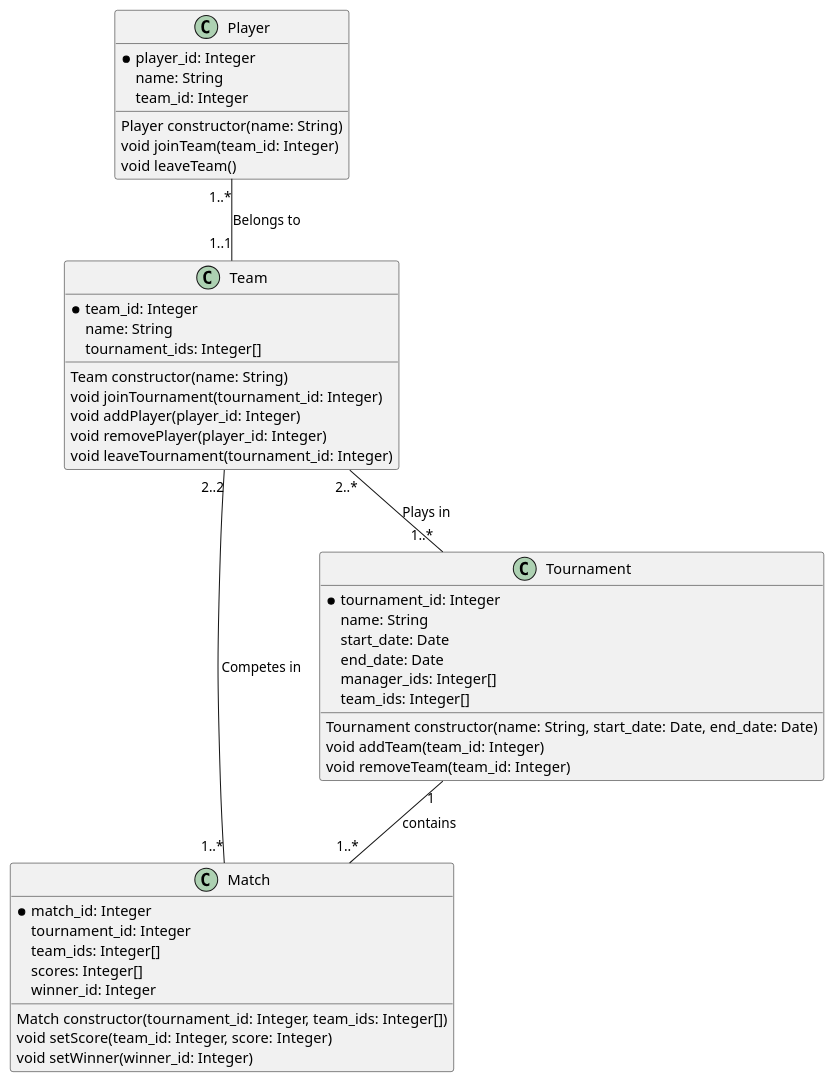
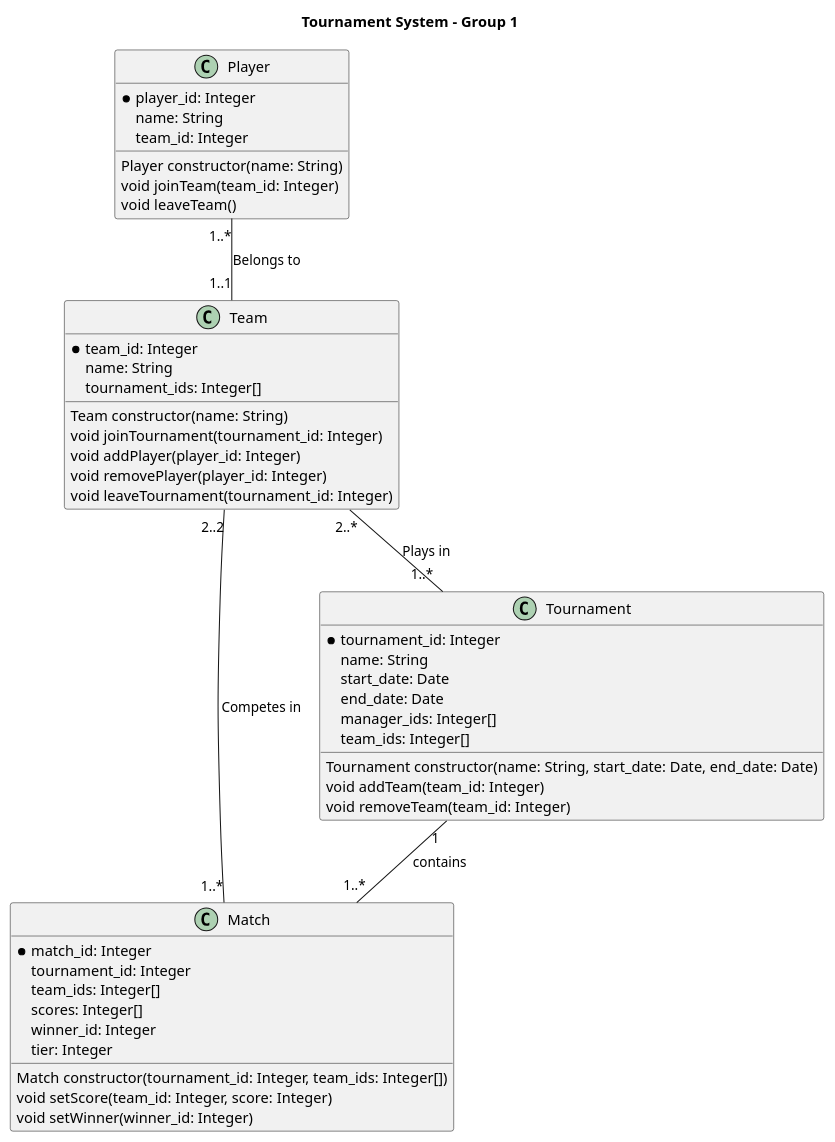
One commit to felixalbrigtsen/asura-tmdb changed the diagram in documentation/classDiagram.puml. Above: the diagram before and after it, drawn with PlantUML.

Commit message:
Added mach tier

```diff
--- a/documentation/classDiagram.puml
+++ b/documentation/classDiagram.puml
@@ -1,58 +1,60 @@
 @startuml Tournament System
 ' Internal development class diagram
 ' Describes database fields and object methods required
+title Tournament System - Group 1 
 
 class Match {
     *match_id: Integer
     tournament_id: Integer
     team_ids: Integer[]
     scores: Integer[]
     winner_id: Integer
+    tier: Integer
 
     Match constructor(tournament_id: Integer, team_ids: Integer[])
     void setScore(team_id: Integer, score: Integer)
     void setWinner(winner_id: Integer)
 }
 class Team {
     *team_id: Integer
     name: String
     tournament_ids: Integer[]
 
     Team constructor(name: String)
     void joinTournament(tournament_id: Integer)
     void addPlayer(player_id: Integer)
     void removePlayer(player_id: Integer)
     void leaveTournament(tournament_id: Integer)
 }
 class Player {
     *player_id: Integer
     name: String
     team_id: Integer
 
 
     Player constructor(name: String)
     void joinTeam(team_id: Integer)
     void leaveTeam()
 }
 
 class Tournament {
     *tournament_id: Integer
     name: String
     start_date: Date
     end_date: Date
     manager_ids: Integer[]
     team_ids: Integer[]
 
     Tournament constructor(name: String, start_date: Date, end_date: Date)
     void addTeam(team_id: Integer)
     void removeTeam(team_id: Integer)
 }
 
 
 Team "2..*" -- "1..*" Tournament : "Plays in"
 Tournament "1" -- "1..*" Match : contains
 Player "1..*" -- "1..1" Team : "Belongs to"
 Team "2..2" -- "1..*" Match : "Competes in"
 
 
 @enduml
```
